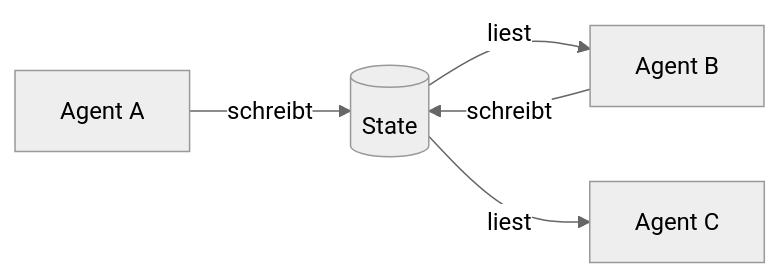
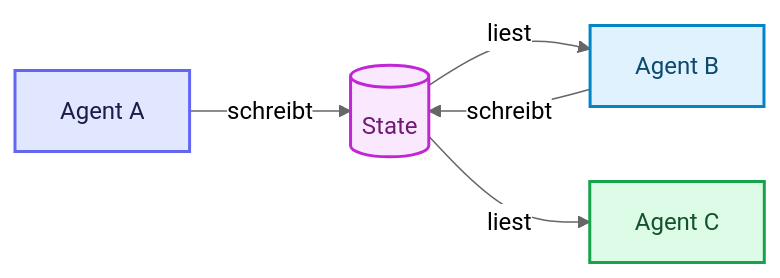
The sixth of 9 diagrams in docs/06-multi-agent-erweiterungen/agenten-kommunikationsprotokolle.md (ralf-42/Agenten), drawn with Mermaid (neutral theme) before and after one commit. The commit also changed other lines of this file and 18 other files, not shown here.

````diff
--- a/docs/06-multi-agent-erweiterungen/agenten-kommunikationsprotokolle.md
+++ b/docs/06-multi-agent-erweiterungen/agenten-kommunikationsprotokolle.md
@@ -254,7 +270,16 @@
 ```mermaid
 flowchart LR
     A[Agent A] -->|schreibt| S[(State)]
     S -->|liest| B[Agent B]
     B -->|schreibt| S
     S -->|liest| C[Agent C]
+
+    classDef default fill:#e0f2fe,stroke:#0284c7,stroke-width:2px,color:#0c4a6e;
+    classDef input fill:#e0e7ff,stroke:#6366f1,stroke-width:2px,color:#1e1b4b;
+    classDef output fill:#dcfce7,stroke:#16a34a,stroke-width:2px,color:#14532d;
+    classDef target fill:#fae8ff,stroke:#c026d3,stroke-width:2px,color:#701a75;
+
+    class A input;
+    class C output;
+    class S target;
 ```
````
